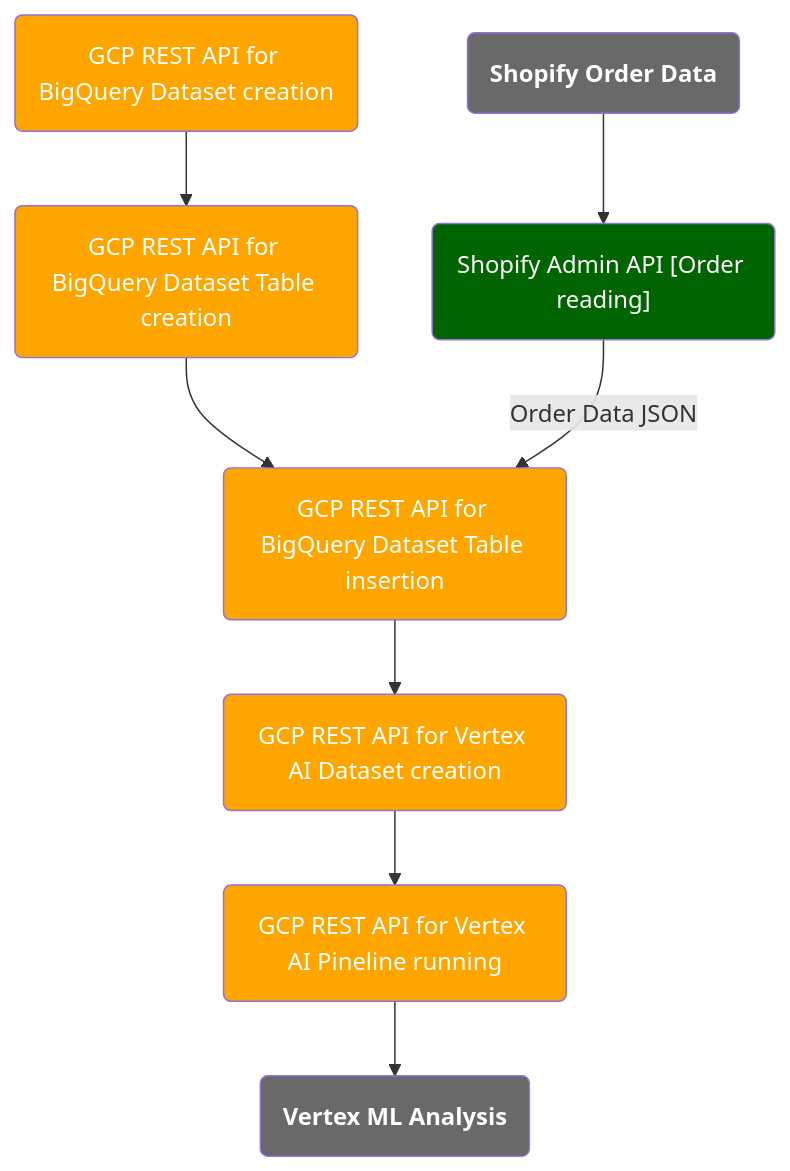
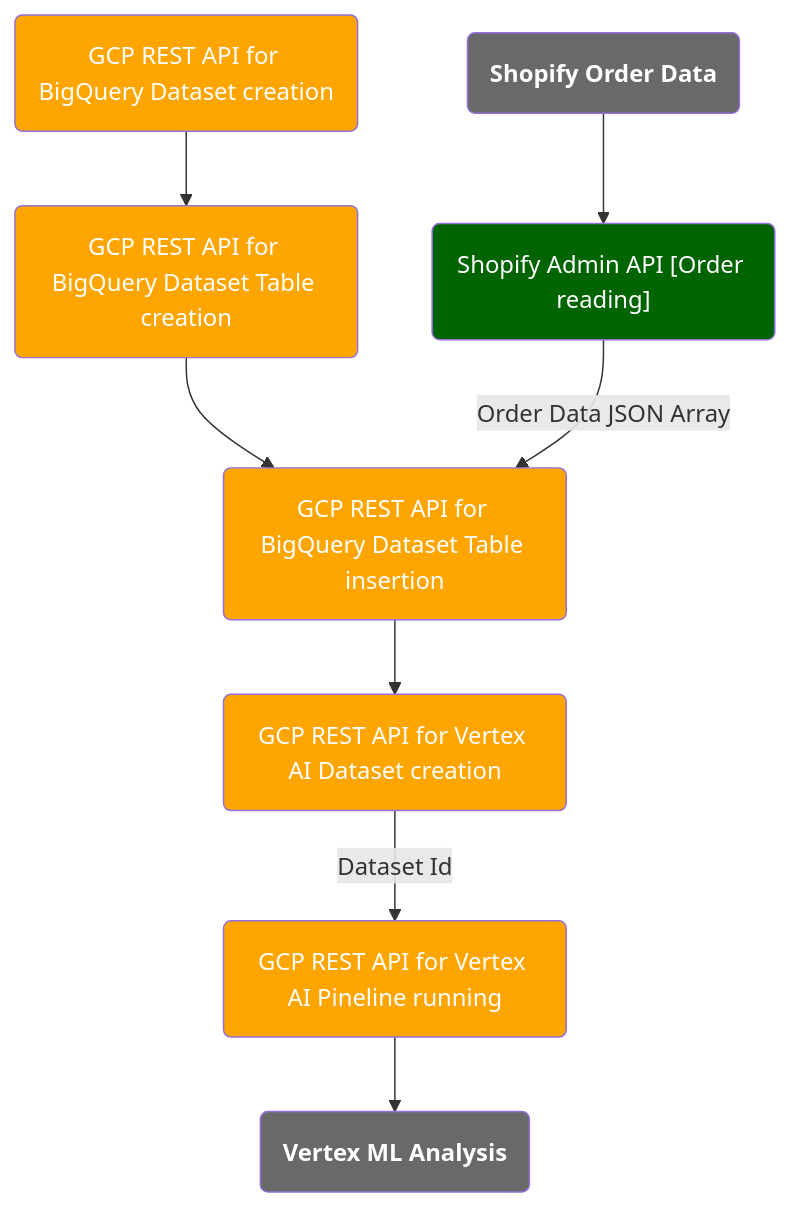
The diagram in README.GCP.md (benzookapi/shopify-gcp-demo), drawn with Mermaid before and after one commit.

````diff
--- a/README.GCP.md
+++ b/README.GCP.md
@@ -1,54 +1,54 @@
 ```mermaid
 
 graph TD
 
   ShopifyOrders("Shopify Order Data")
 
   ShopifyApi("Shopify Admin API [Order reading]")
 
   GcpRestApiBigQueryDataSet("GCP REST API for BigQuery Dataset creation")
 
   GcpRestApiBigQueryTable("GCP REST API for BigQuery Dataset Table creation")
 
   GcpRestApiBigQueryInsert("GCP REST API for BigQuery Dataset Table insertion")
 
   GcpRestApiVertexDataset("GCP REST API for Vertex AI Dataset creation")
 
   GcpRestApiVertexRun("GCP REST API for Vertex AI Pineline running")
 
   GcpRestApiVertexResult("Vertex ML Analysis")
 
   ShopifyOrders-->ShopifyApi
 
   GcpRestApiBigQueryDataSet-->GcpRestApiBigQueryTable
 
   GcpRestApiBigQueryTable-->GcpRestApiBigQueryInsert
 
-  ShopifyApi-->|Order Data JSON|GcpRestApiBigQueryInsert
+  ShopifyApi-->|Order Data JSON Array|GcpRestApiBigQueryInsert
 
   GcpRestApiBigQueryInsert-->GcpRestApiVertexDataset
 
-  GcpRestApiVertexDataset-->GcpRestApiVertexRun
+  GcpRestApiVertexDataset-->|Dataset Id|GcpRestApiVertexRun
 
   GcpRestApiVertexRun-->GcpRestApiVertexResult
 
 
   classDef edge1 fill:#696969,color:white,font-weight:bold
   class ShopifyOrders edge1
 
   classDef shopify fill:#006400,color:white
   class ShopifyApi shopify
 
   classDef gcp fill:#FFA500,color:white
   class GcpRestApiBigQueryDataSet,GcpRestApiBigQueryTable,GcpRestApiBigQueryInsert,GcpRestApiVertexDataset,GcpRestApiVertexRun gcp
 
   classDef edge2 fill:#696969,color:white,font-weight:bold
   class GcpRestApiVertexResult edge2
 
 
 
 
 
 
 
 ```
````
